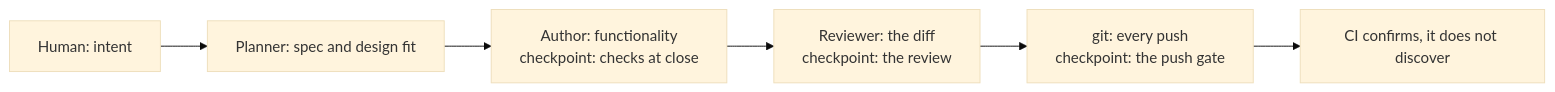
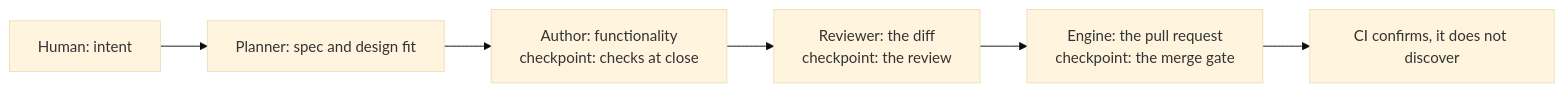
One commit to trustmybot/tmb changed the second of 4 diagrams in docs/flows/3_TASKS.md. Above: the diagram before and after it, drawn with Mermaid (base theme). The commit also changed other lines of this file and 11 other files, not shown here.

First line of the commit message:
📝 docs: review gates the merge, the push gate guards the base branch

````diff
--- a/docs/flows/3_TASKS.md
+++ b/docs/flows/3_TASKS.md
@@ -39,8 +39,8 @@
 ```mermaid
 flowchart LR
     H["Human: intent"] --> P["Planner: spec and design fit"]
     P --> W["Author: functionality<br/>checkpoint: checks at close"]
     W --> R["Reviewer: the diff<br/>checkpoint: the review"]
-    R --> G["git: every push<br/>checkpoint: the push gate"]
+    R --> G["Engine: the pull request<br/>checkpoint: the merge gate"]
     G --> CI["CI confirms, it does not discover"]
 ```
````
